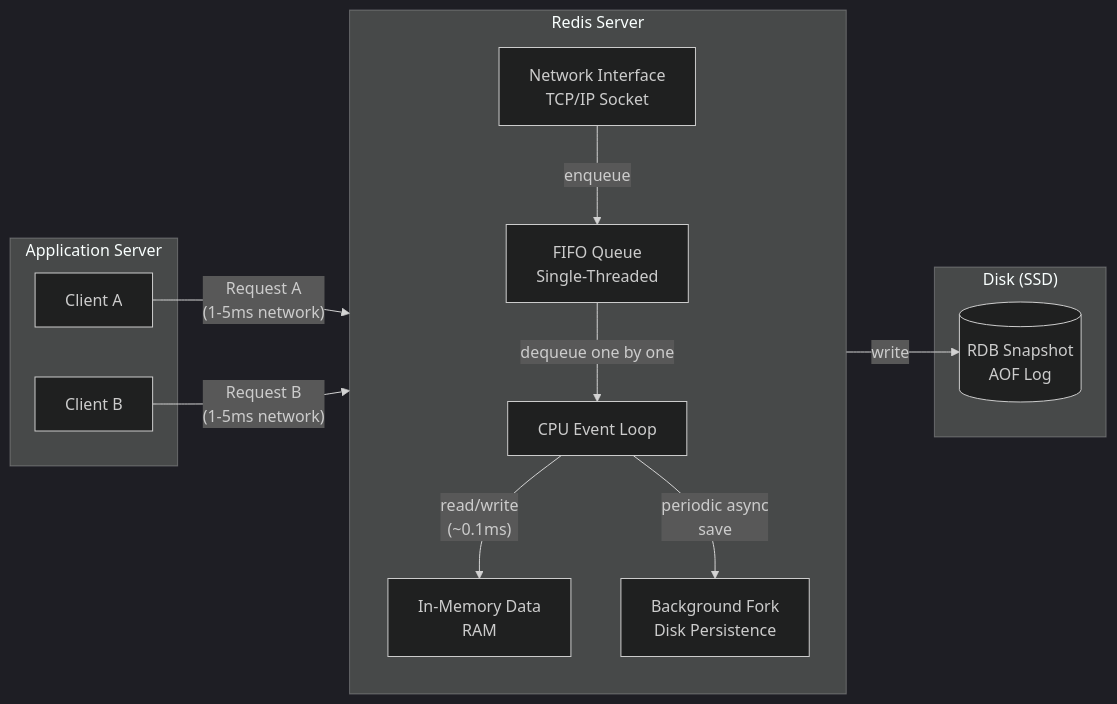
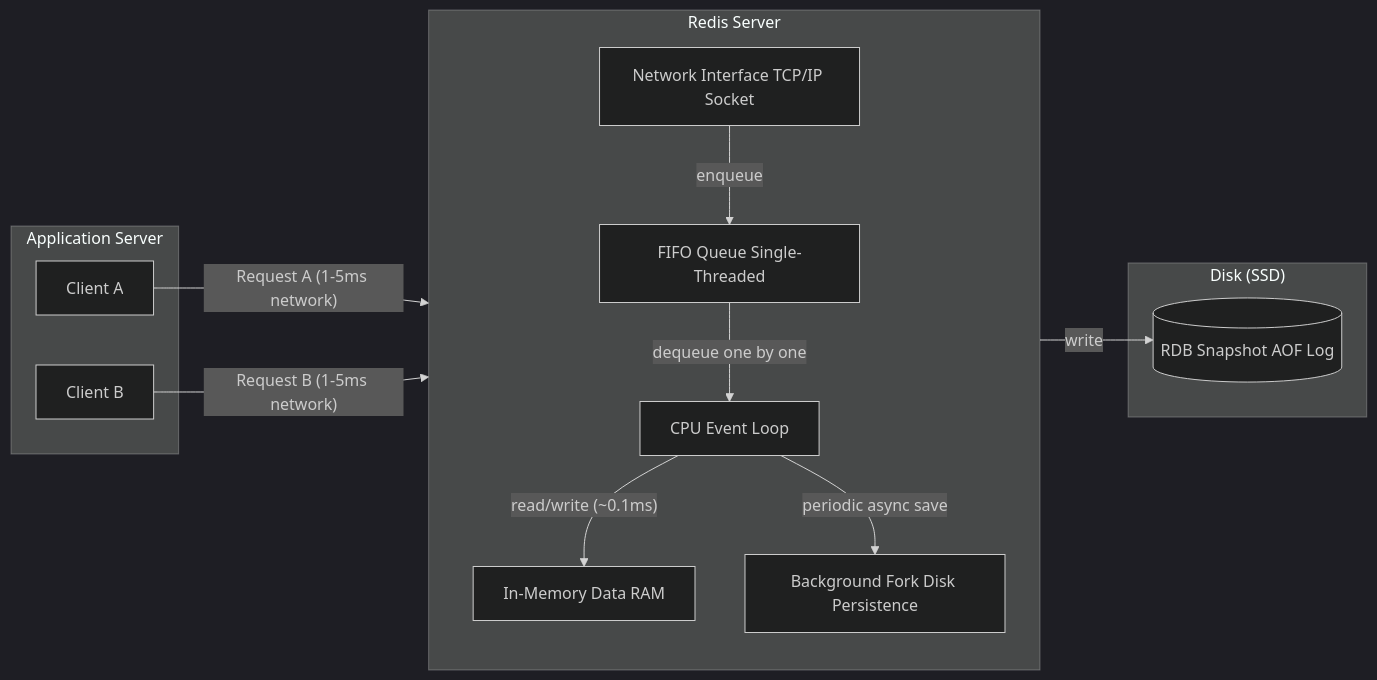
The first of 8 diagrams in backend-engineering/cache.md (Chandra179/atlas), drawn with Mermaid (dark theme) before and after one commit. The commit also changed other lines of this file and 1 other file, not shown here.

````diff
--- a/backend-engineering/cache.md
+++ b/backend-engineering/cache.md
@@ -53,28 +55,28 @@
 ```mermaid
 flowchart LR
     subgraph App["Application Server"]
         A1[Client A]
         A2[Client B]
     end
 
     subgraph Redis["Redis Server"]
         direction TB
-        NIC[Network Interface<br/>TCP/IP Socket]
-        Q[FIFO Queue<br/>Single-Threaded]
+        NIC[Network Interface TCP/IP Socket]
+        Q[FIFO Queue Single-Threaded]
         CPU[CPU Event Loop]
-        RAM[In-Memory Data<br/>RAM]
-        BG[Background Fork<br/>Disk Persistence]
+        RAM[In-Memory Data RAM]
+        BG[Background Fork Disk Persistence]
     end
 
     subgraph Disk["Disk (SSD)"]
-        RDB[(RDB Snapshot<br/>AOF Log)]
+        RDB[(RDB Snapshot AOF Log)]
     end
 
-    A1 -->|"Request A<br/>(1-5ms network)"| NIC
-    A2 -->|"Request B<br/>(1-5ms network)"| NIC
+    A1 -->|"Request A (1-5ms network)"| NIC
+    A2 -->|"Request B (1-5ms network)"| NIC
     NIC -->|enqueue| Q
     Q -->|dequeue one by one| CPU
-    CPU -->|"read/write<br/>(~0.1ms)"| RAM
-    CPU -->|"periodic async<br/>save"| BG
+    CPU -->|"read/write (~0.1ms)"| RAM
+    CPU -->|"periodic async save"| BG
     BG -->|write| RDB
 ```
````
